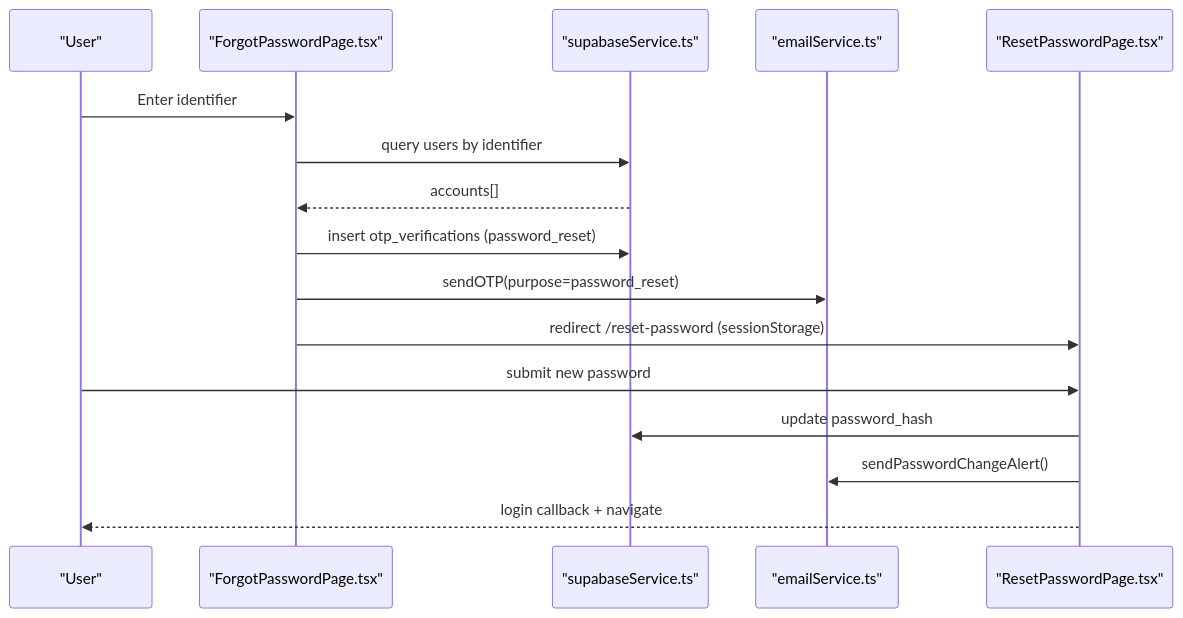
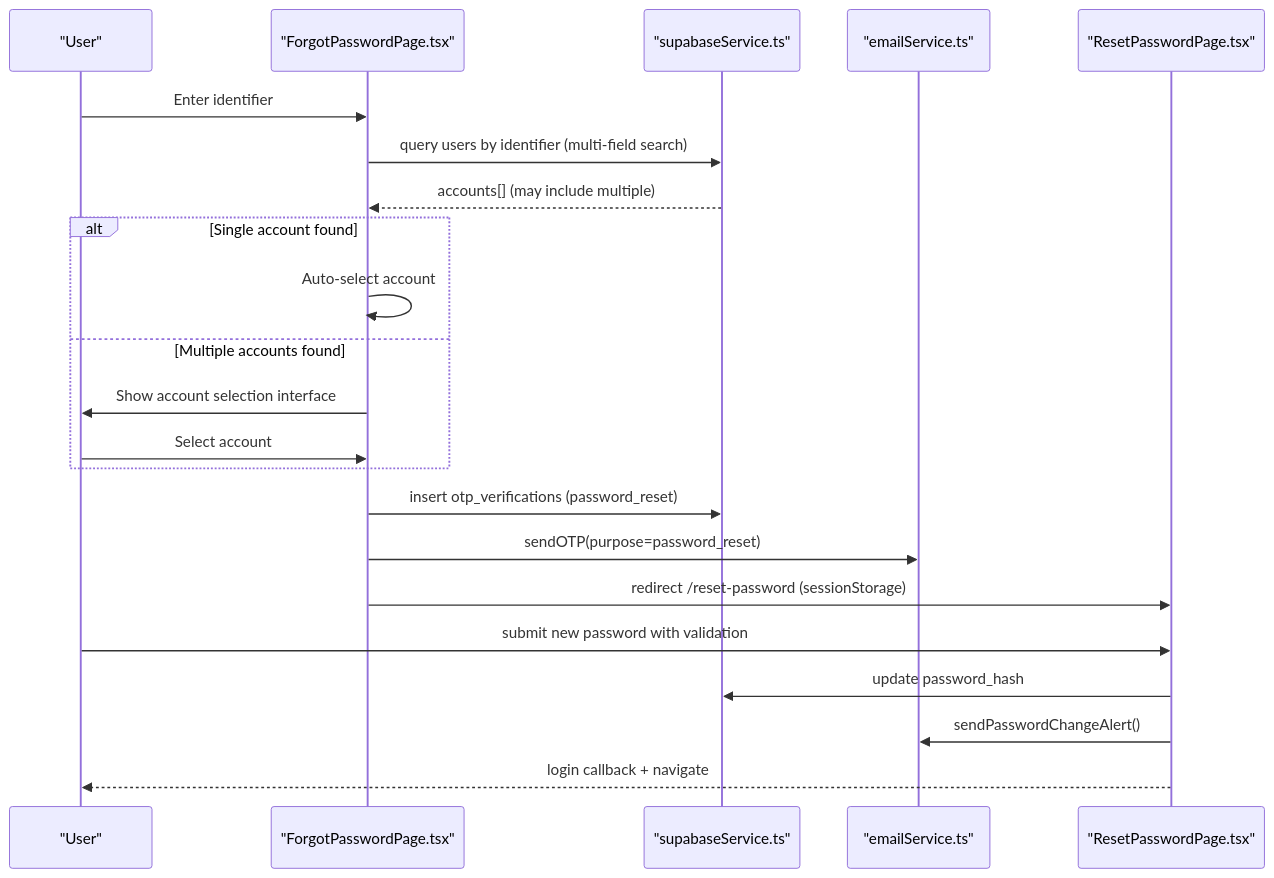
One commit to zpria/ACCOUND-ZPRIA changed the seventh of 14 diagrams in .qoder/repowiki/en/content/Authentication System/Authentication System.md. Above: the diagram before and after it, drawn with Mermaid. The commit also changed other lines of this file and 12 other files, not shown here.

````diff
--- a/.qoder/repowiki/en/content/Authentication System/Authentication System.md
+++ b/.qoder/repowiki/en/content/Authentication System/Authentication System.md
@@ -283,18 +307,24 @@
 ```mermaid
 sequenceDiagram
 participant User as "User"
 participant Fgp as "ForgotPasswordPage.tsx"
 participant Supabase as "supabaseService.ts"
 participant Email as "emailService.ts"
 participant Rst as "ResetPasswordPage.tsx"
 User->>Fgp : Enter identifier
-Fgp->>Supabase : query users by identifier
-Supabase-->>Fgp : accounts[]
+Fgp->>Supabase : query users by identifier (multi-field search)
+Supabase-->>Fgp : accounts[] (may include multiple)
+alt Single account found
+Fgp->>Fgp : Auto-select account
+else Multiple accounts found
+Fgp->>User : Show account selection interface
+User->>Fgp : Select account
+end
 Fgp->>Supabase : insert otp_verifications (password_reset)
 Fgp->>Email : sendOTP(purpose=password_reset)
 Fgp->>Rst : redirect /reset-password (sessionStorage)
-User->>Rst : submit new password
+User->>Rst : submit new password with validation
 Rst->>Supabase : update password_hash
 Rst->>Email : sendPasswordChangeAlert()
 Rst-->>User : login callback + navigate
 ```
````
